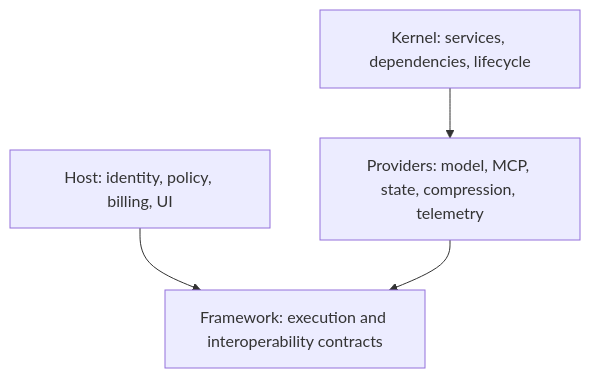
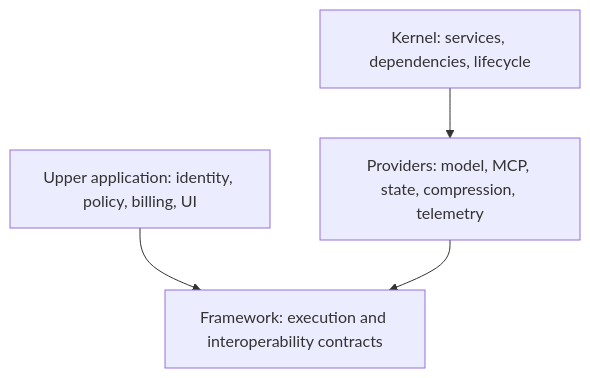
Before and after one commit to Penglai-Link/eliteforge-agent-framework: the diagram in docs/execution-contracts.md, drawn with Mermaid. The commit also changed other lines of this file and 20 other files, not shown here.

````diff
--- a/docs/execution-contracts.md
+++ b/docs/execution-contracts.md
@@ -9,7 +9,7 @@
 ```mermaid
 flowchart TD
-    Host[Host: identity, policy, billing, UI] --> Framework
+    Application[Upper application: identity, policy, billing, UI] --> Framework
     Framework[Framework: execution and interoperability contracts]
     Kernel[Kernel: services, dependencies, lifecycle] --> Plugins
     Plugins[Providers: model, MCP, state, compression, telemetry] --> Framework
 ```
````
